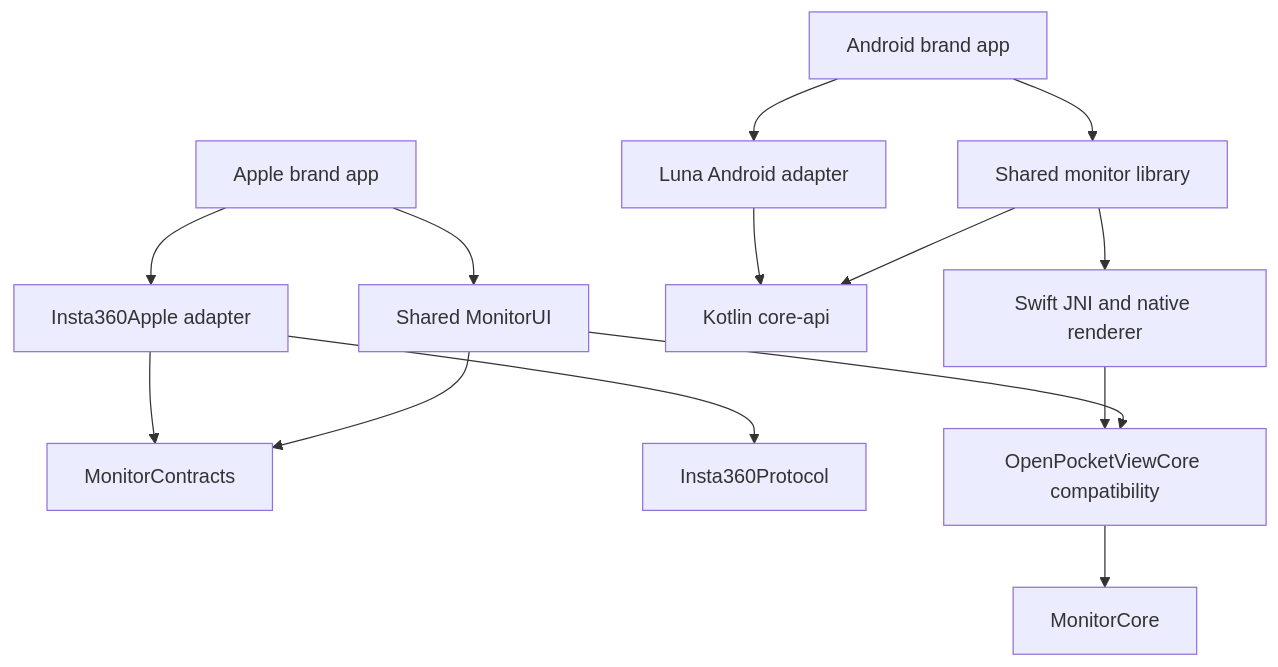
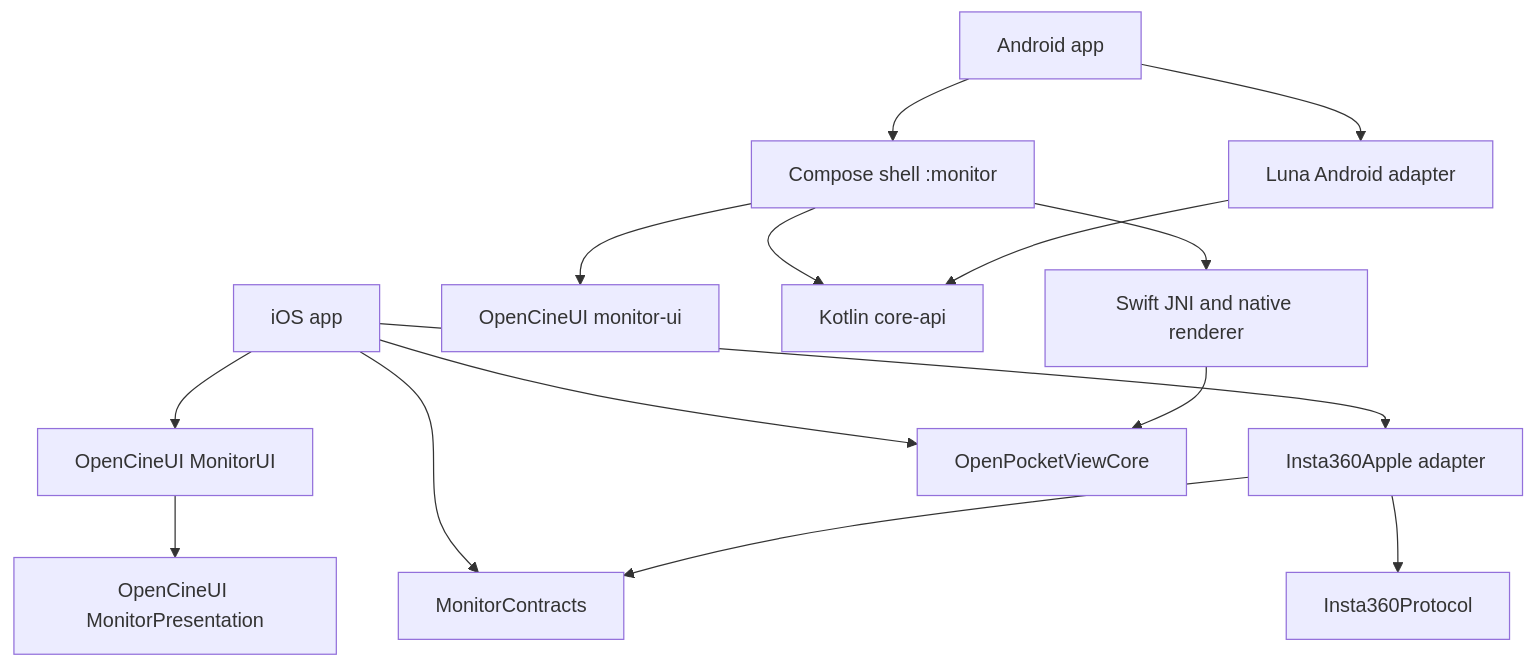
The diagram in docs/implementation/architecture.md (erik-sutton95/OpenInstaCine), drawn with Mermaid before and after one commit. The commit also changed other lines of this file and 9 other files, not shown here.

First line of the commit message:
docs: name OpenCineUI as the home of the shared UI

````diff
--- a/docs/implementation/architecture.md
+++ b/docs/implementation/architecture.md
@@ -32,16 +35,17 @@
 ```mermaid
 flowchart TD
-    Apple[Apple brand app] --> UI[Shared MonitorUI]
+    Apple[iOS app] --> UI[OpenCineUI MonitorUI]
+    UI --> Presentation[OpenCineUI MonitorPresentation]
     Apple --> LunaApple[Insta360Apple adapter]
-    UI --> Contracts[MonitorContracts]
+    Apple --> Contracts[MonitorContracts]
+    Apple --> Core[OpenPocketViewCore]
     LunaApple --> Contracts
     LunaApple --> Protocol[Insta360Protocol]
-    UI --> Compat[OpenPocketViewCore compatibility]
-    Compat --> Core[MonitorCore]
-    Android[Android brand app] --> Compose[Shared monitor library]
+    Android[Android app] --> Monitor[Compose shell :monitor]
     Android --> LunaAndroid[Luna Android adapter]
-    Compose --> API[Kotlin core-api]
+    Monitor --> Compose[OpenCineUI monitor-ui]
+    Monitor --> API[Kotlin core-api]
     LunaAndroid --> API
-    Compose --> JNI[Swift JNI and native renderer]
-    JNI --> Compat
+    Monitor --> JNI[Swift JNI and native renderer]
+    JNI --> Core
 ```
````
